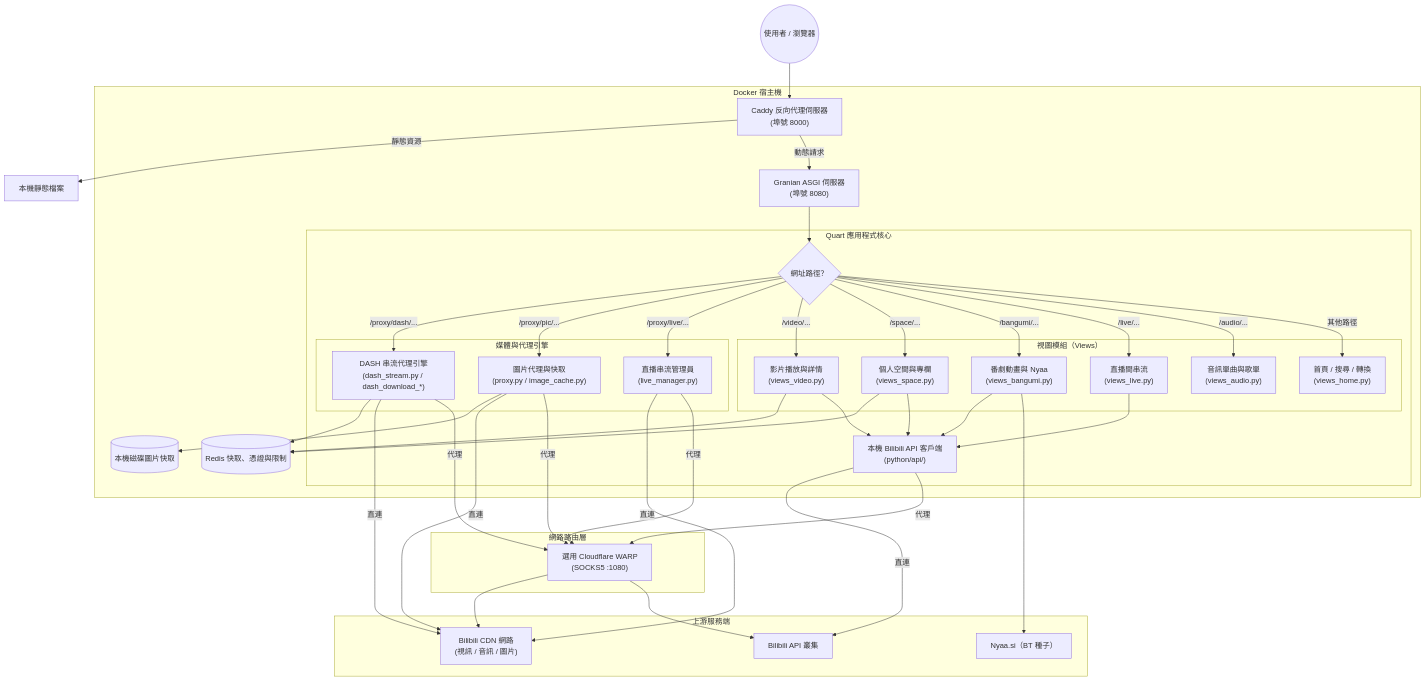
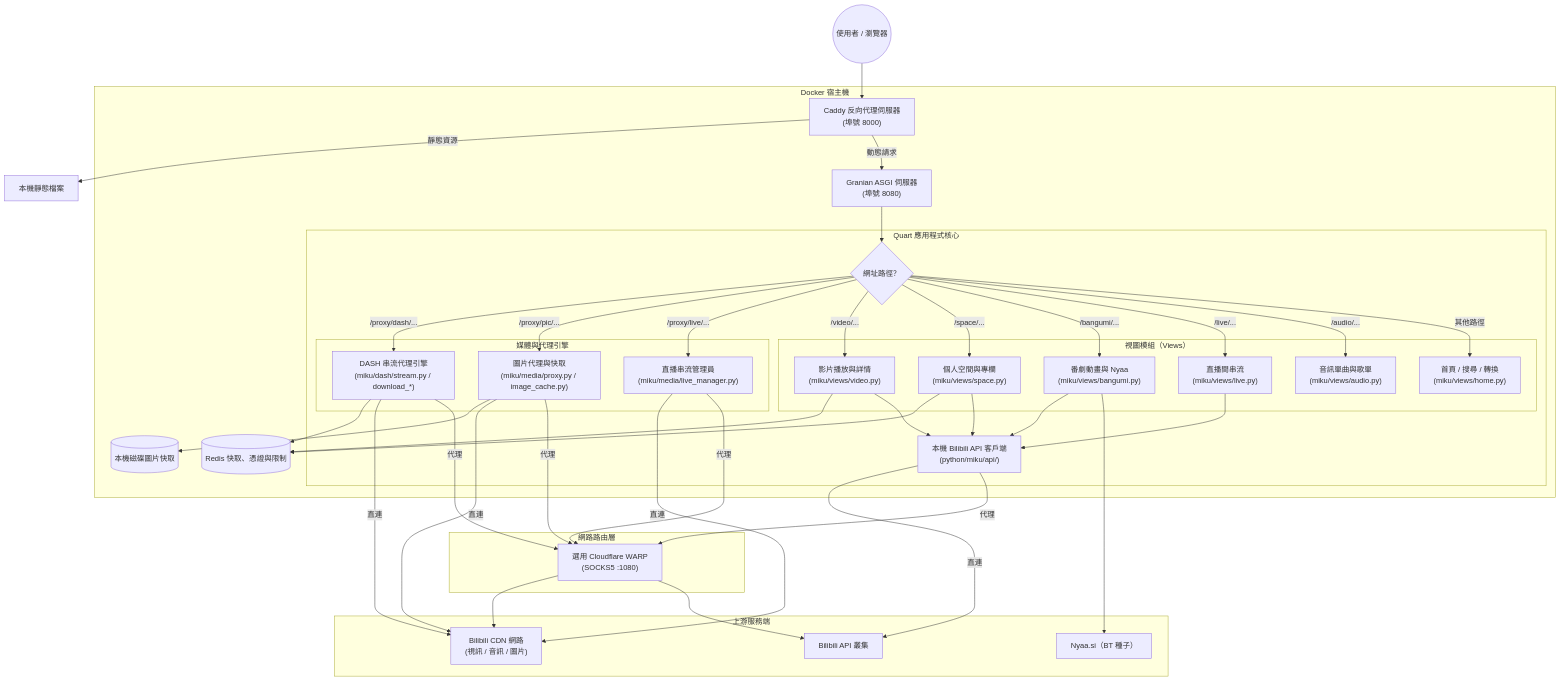
Before and after one commit to apicalshark/mikuinvidious: the diagram in zh-TW/developers/architecture.md, drawn with Mermaid. The commit also changed other lines of this file and 31 other files, not shown here.

```diff
--- a/zh-TW/developers/architecture.md
+++ b/zh-TW/developers/architecture.md
@@ -88,21 +88,21 @@
             Router{網址路徑？}
             
             subgraph "媒體與代理引擎"
-                ProxyDASH["DASH 串流代理引擎<br>(dash_stream.py / dash_download_*)"]
-                ProxyPic["圖片代理與快取<br>(proxy.py / image_cache.py)"]
-                ProxyLive["直播串流管理員<br>(live_manager.py)"]
+                ProxyDASH["DASH 串流代理引擎<br>(miku/dash/stream.py / download_*)"]
+                ProxyPic["圖片代理與快取<br>(miku/media/proxy.py / image_cache.py)"]
+                ProxyLive["直播串流管理員<br>(miku/media/live_manager.py)"]
             end
 
             subgraph "視圖模組（Views）"
-                HomeBP["首頁 / 搜尋 / 轉換<br>(views_home.py)"]
-                VideoBP["影片播放與詳情<br>(views_video.py)"]
-                SpaceBP["個人空間與專欄<br>(views_space.py)"]
-                BangumiBP["番劇動畫與 Nyaa<br>(views_bangumi.py)"]
-                LiveBP["直播間串流<br>(views_live.py)"]
-                AudioBP["音訊單曲與歌單<br>(views_audio.py)"]
+                HomeBP["首頁 / 搜尋 / 轉換<br>(miku/views/home.py)"]
+                VideoBP["影片播放與詳情<br>(miku/views/video.py)"]
+                SpaceBP["個人空間與專欄<br>(miku/views/space.py)"]
+                BangumiBP["番劇動畫與 Nyaa<br>(miku/views/bangumi.py)"]
+                LiveBP["直播間串流<br>(miku/views/live.py)"]
+                AudioBP["音訊單曲與歌單<br>(miku/views/audio.py)"]
             end
 
-            BiliAPI["本機 Bilibili API 客戶端<br>(python/api/)"]
+            BiliAPI["本機 Bilibili API 客戶端<br>(python/miku/api/)"]
         end
 
         Redis[("Redis 快取、憑證與限制")]
```
